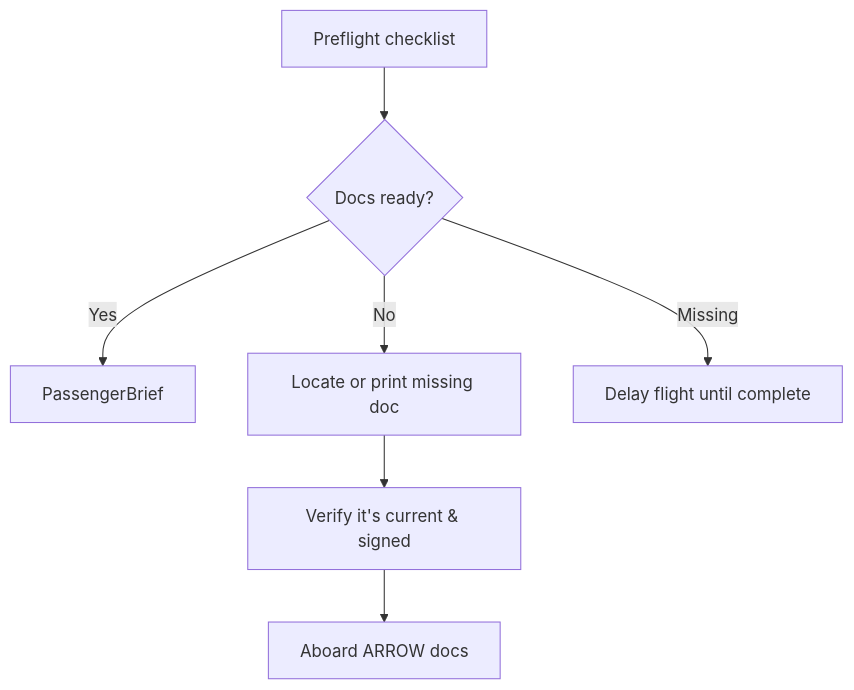
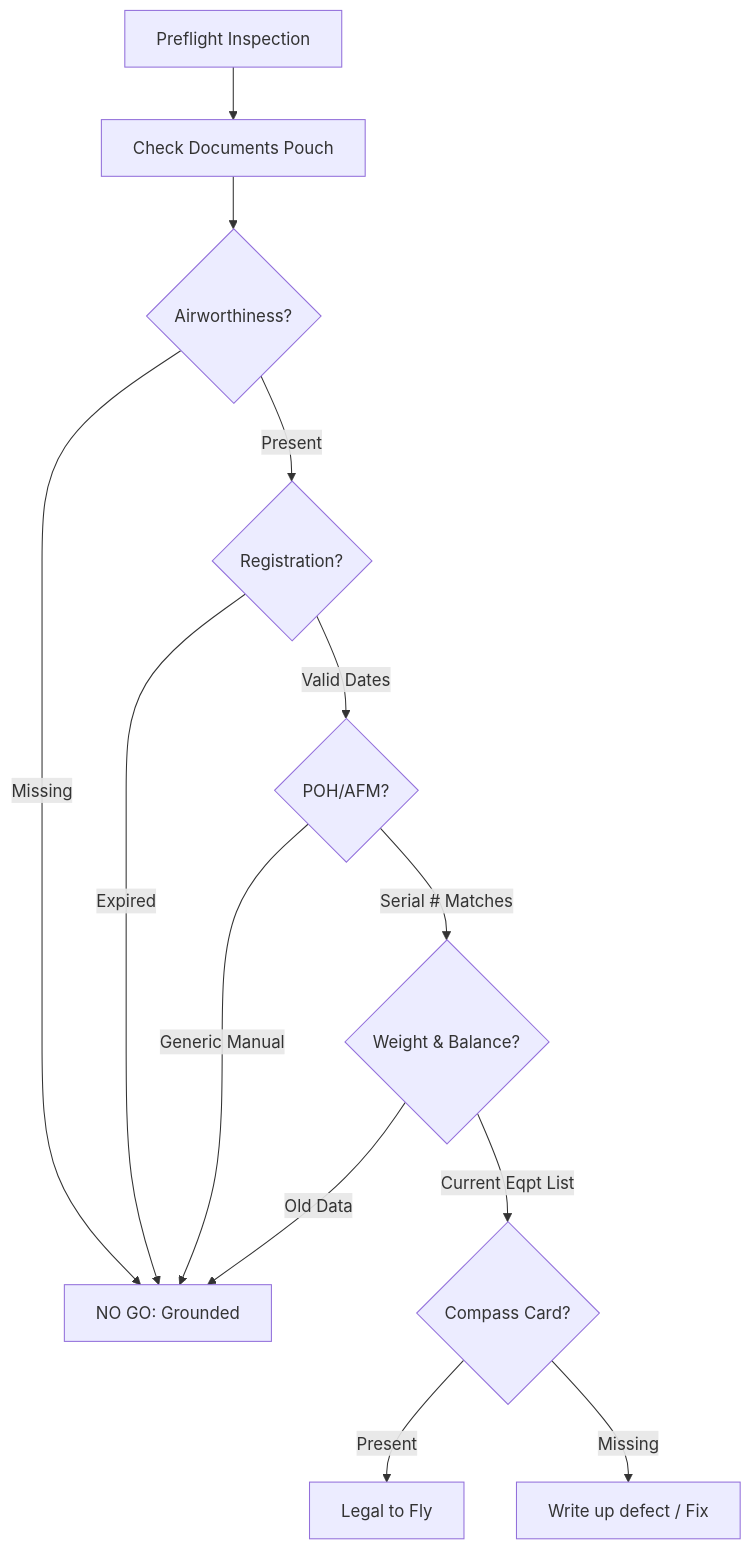
Before and after one commit to jasolisdev/obsidian-aviation: the diagram in PPL-Knowledge-Base/01-Regulations/Notes/Required-Documents-ARROW.md, drawn with Mermaid. The commit also changed other lines of this file and 15 other files, not shown here.

````diff
--- a/PPL-Knowledge-Base/01-Regulations/Notes/Required-Documents-ARROW.md
+++ b/PPL-Knowledge-Base/01-Regulations/Notes/Required-Documents-ARROW.md
@@ -27,9 +49,20 @@
 ```mermaid
 flowchart TD
-    Start[Preflight checklist] --> CheckDocs{Docs ready?}
-    CheckDocs -- Yes --> PassengerBrief
-    CheckDocs -- No --> LocateDoc[Locate or print missing doc]
-    LocateDoc --> Verify[Verify it's current & signed]
-    Verify --> Board[Aboard ARROW docs]
-    CheckDocs -- Missing --> Delay[Delay flight until complete]
+    Start[Preflight Inspection] --> Check[Check Documents Pouch]
+    
+    Check --> Air{Airworthiness?}
+    Air -- Present --> Reg{Registration?}
+    Air -- Missing --> NoGo[NO GO: Grounded]
+    
+    Reg -- Valid Dates --> Ops{POH/AFM?}
+    Reg -- Expired --> NoGo
+    
+    Ops -- Serial # Matches --> WB{Weight & Balance?}
+    Ops -- Generic Manual --> NoGo
+    
+    WB -- Current Eqpt List --> Compass{Compass Card?}
+    WB -- Old Data --> NoGo
+    
+    Compass -- Present --> Go[Legal to Fly]
+    Compass -- Missing --> Defect[Write up defect / Fix]
 ```
````
